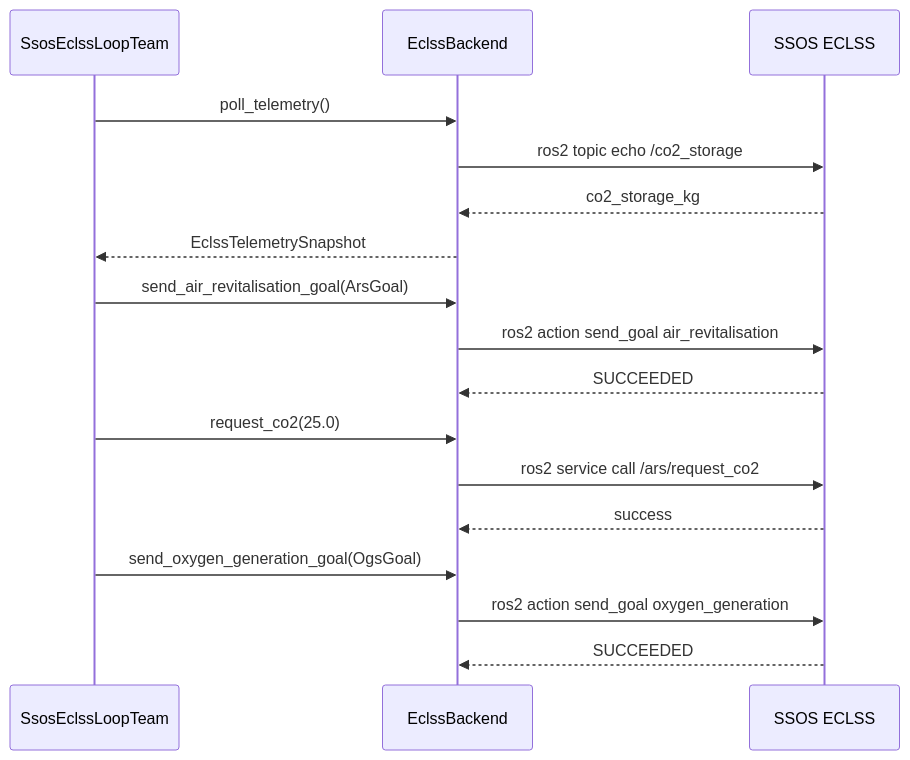
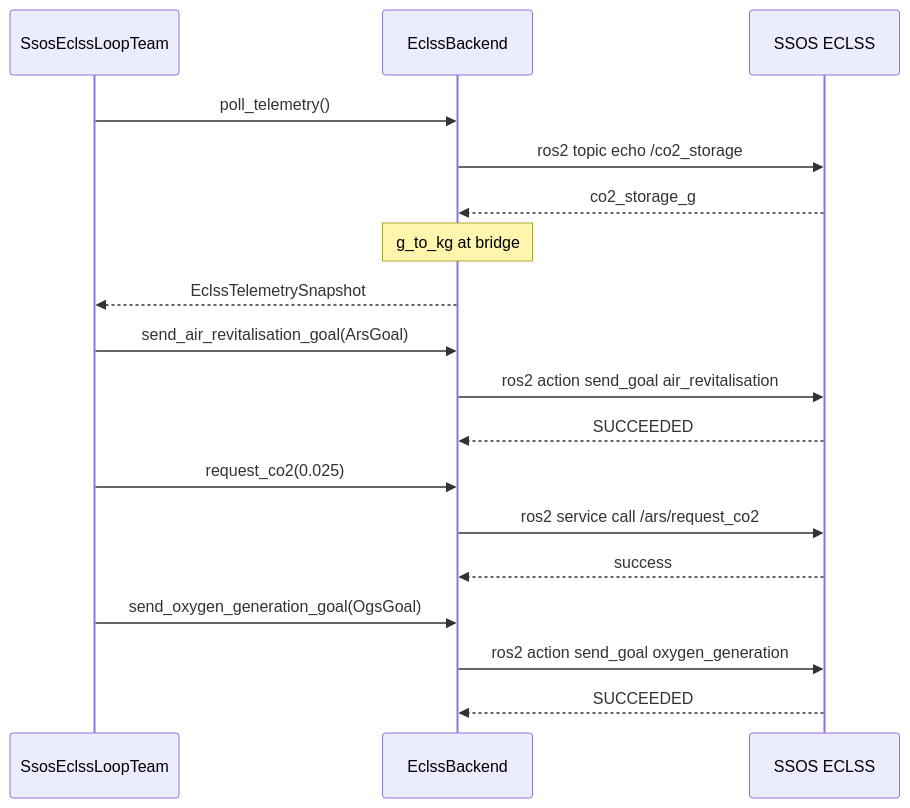
The second of 2 diagrams in docs/en/ssos/eclss-integration.md (hirototamura/engineering_agents), drawn with Mermaid before and after one commit. The commit also changed other lines of this file and 18 other files, not shown here.

````diff
--- a/docs/en/ssos/eclss-integration.md
+++ b/docs/en/ssos/eclss-integration.md
@@ -164,23 +177,24 @@
 ```mermaid
 sequenceDiagram
   participant Agent as SsosEclssLoopTeam
   participant BE as EclssBackend
   participant SSOS as SSOS ECLSS
 
   Agent->>BE: poll_telemetry()
   BE->>SSOS: ros2 topic echo /co2_storage
-  SSOS-->>BE: co2_storage_kg
+  SSOS-->>BE: co2_storage_g
+  Note over BE: g_to_kg at bridge
   BE-->>Agent: EclssTelemetrySnapshot
 
   Agent->>BE: send_air_revitalisation_goal(ArsGoal)
   BE->>SSOS: ros2 action send_goal air_revitalisation
   SSOS-->>BE: SUCCEEDED
 
-  Agent->>BE: request_co2(25.0)
+  Agent->>BE: request_co2(0.025)
   BE->>SSOS: ros2 service call /ars/request_co2
   SSOS-->>BE: success
 
   Agent->>BE: send_oxygen_generation_goal(OgsGoal)
   BE->>SSOS: ros2 action send_goal oxygen_generation
   SSOS-->>BE: SUCCEEDED
 ```
````
